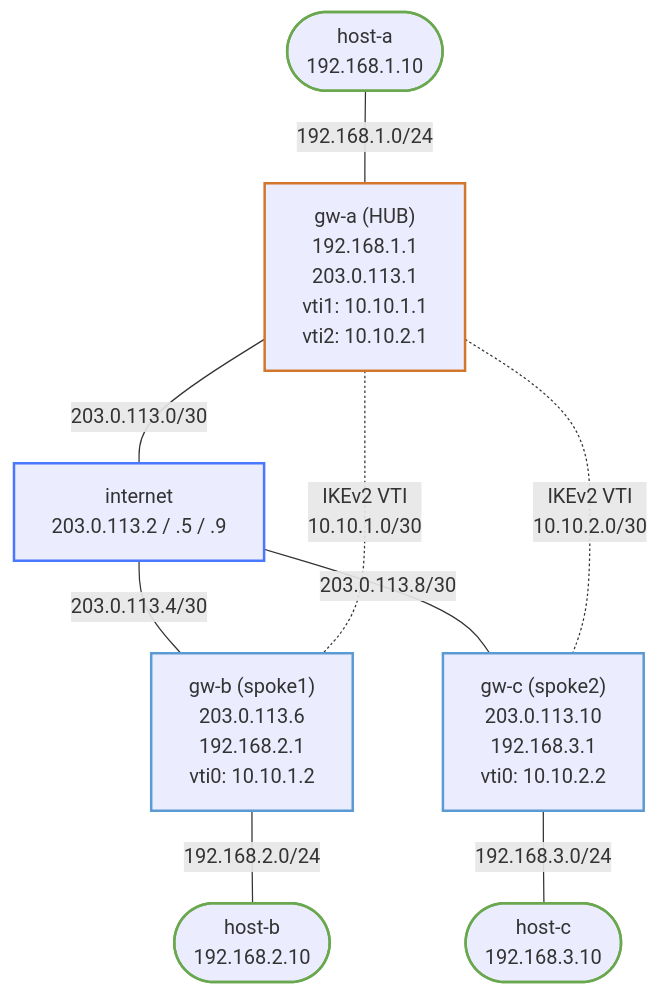
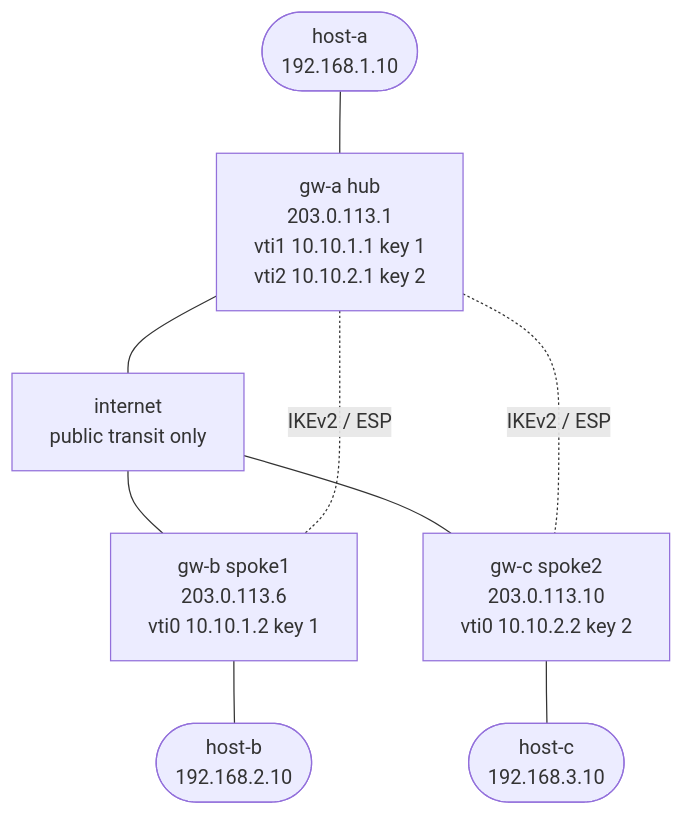
Before and after one commit to jschless/networkingLabs: the diagram in labs/flexvpn-basics/README.md, drawn with Mermaid. The commit also changed other lines of this file and 281 other files, not shown here.

````diff
--- a/labs/flexvpn-basics/README.md
+++ b/labs/flexvpn-basics/README.md
@@ -40,29 +26,15 @@
 ```mermaid
 flowchart TB
     ha(["host-a<br/>192.168.1.10"])
-    gwa["gw-a (HUB)<br/>192.168.1.1<br/>203.0.113.1<br/>vti1: 10.10.1.1<br/>vti2: 10.10.2.1"]
-    inet["internet<br/>203.0.113.2 / .5 / .9"]
-    gwb["gw-b (spoke1)<br/>203.0.113.6<br/>192.168.2.1<br/>vti0: 10.10.1.2"]
-    gwc["gw-c (spoke2)<br/>203.0.113.10<br/>192.168.3.1<br/>vti0: 10.10.2.2"]
+    gwa["gw-a hub<br/>203.0.113.1<br/>vti1 10.10.1.1 key 1<br/>vti2 10.10.2.1 key 2"]
+    inet["internet<br/>public transit only"]
+    gwb["gw-b spoke1<br/>203.0.113.6<br/>vti0 10.10.1.2 key 1"]
+    gwc["gw-c spoke2<br/>203.0.113.10<br/>vti0 10.10.2.2 key 2"]
     hb(["host-b<br/>192.168.2.10"])
     hc(["host-c<br/>192.168.3.10"])
-
-    ha -- "192.168.1.0/24" --- gwa
-    gwa -- "203.0.113.0/30" --- inet
-    inet -- "203.0.113.4/30" --- gwb
-    inet -- "203.0.113.8/30" --- gwc
-    gwb -- "192.168.2.0/24" --- hb
-    gwc -- "192.168.3.0/24" --- hc
-
-    gwa -. "IKEv2 VTI<br/>10.10.1.0/30" .- gwb
-    gwa -. "IKEv2 VTI<br/>10.10.2.0/30" .- gwc
-
-    classDef hub stroke:#d2762c,stroke-width:2px
-    classDef spoke stroke:#5b9bd5,stroke-width:2px
-    classDef router stroke:#4778ff,stroke-width:2px
-    classDef host stroke:#6aa84f,stroke-width:2px
-    class gwa hub
-    class gwb,gwc spoke
-    class inet router
-    class ha,hb,hc host
+    ha --- gwa --- inet
+    inet --- gwb --- hb
+    inet --- gwc --- hc
+    gwa -. "IKEv2 / ESP" .- gwb
+    gwa -. "IKEv2 / ESP" .- gwc
 ```
````
